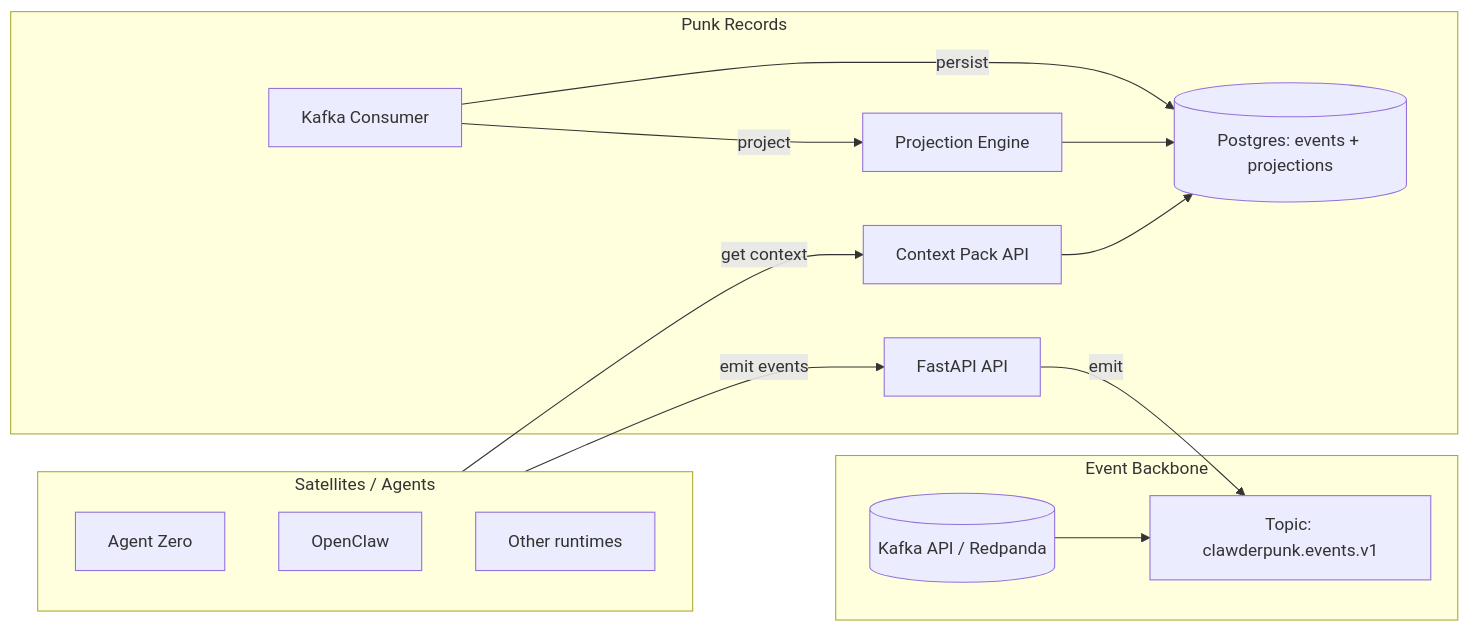
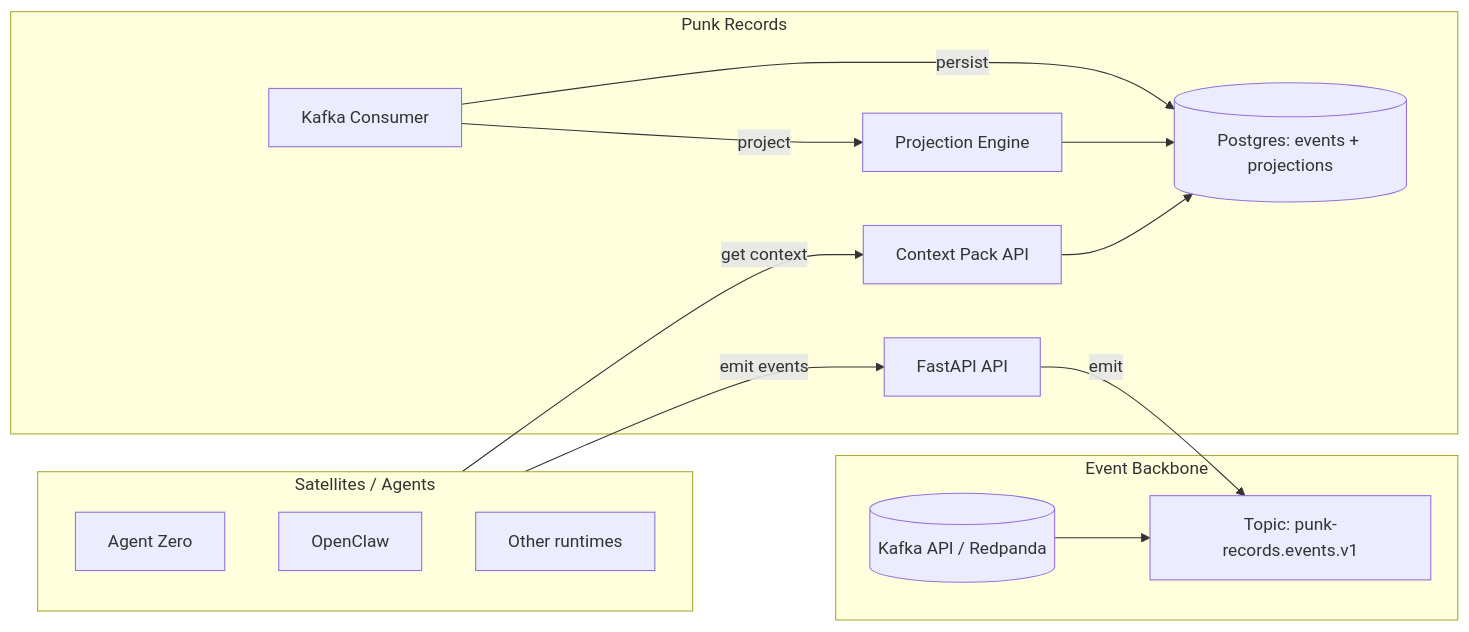
One commit to V-ivek/agent47 changed the diagram in README.md. Above: the diagram before and after it, drawn with Mermaid. The commit also changed other lines of this file, not shown here.

Commit message:
Rename Clawderpunk to Punk Records in README

````diff
--- a/README.md
+++ b/README.md
@@ -25,31 +25,31 @@
 ```mermaid
 flowchart LR
   subgraph Agents[Satellites / Agents]
     AZ[Agent Zero]
     OC[OpenClaw]
     X[Other runtimes]
   end
 
   subgraph Backbone[Event Backbone]
     K[(Kafka API / Redpanda)]
-    T[Topic: clawderpunk.events.v1]
+    T[Topic: punk-records.events.v1]
     K --> T
   end
 
   subgraph PR[Punk Records]
     API[FastAPI API]
     CONS[Kafka Consumer]
     PROJ[Projection Engine]
     STORE[(Postgres: events + projections)]
     CTX[Context Pack API]
 
     API -->|emit| T
     CONS -->|persist| STORE
     CONS -->|project| PROJ
     PROJ --> STORE
     CTX --> STORE
   end
 
   Agents -->|emit events| API
   Agents -->|get context| CTX
 ```
````
